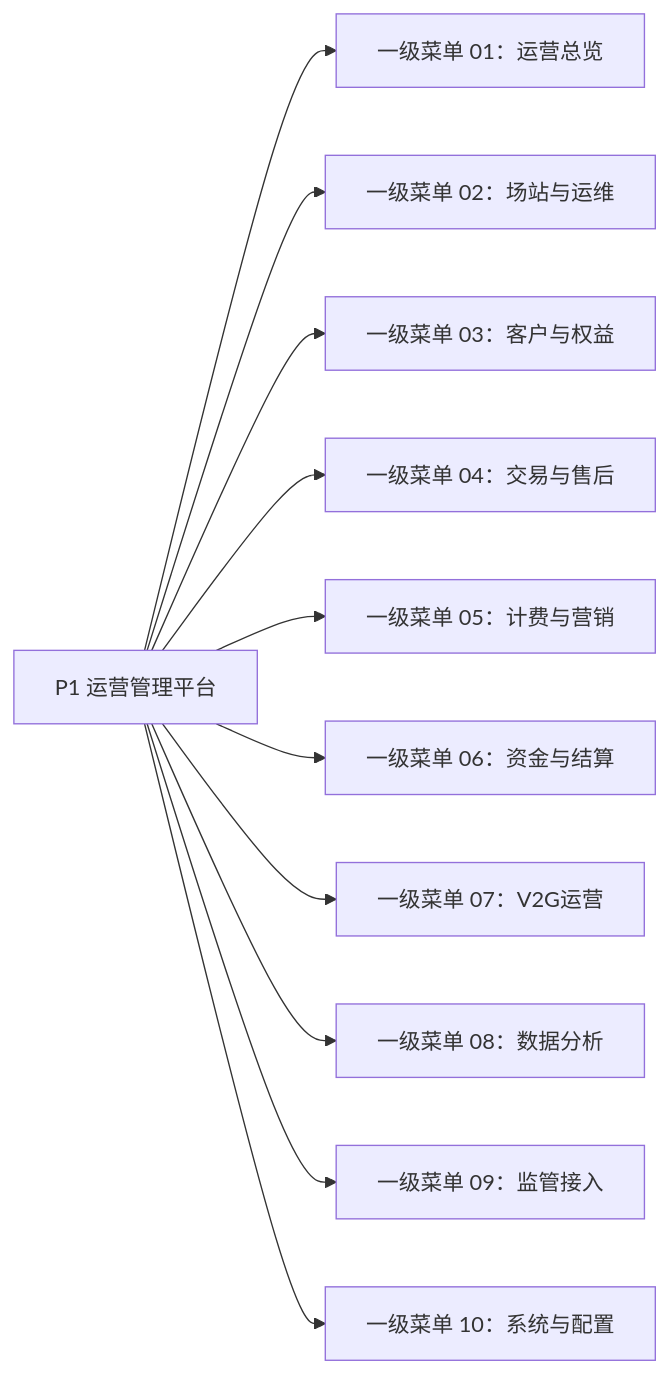
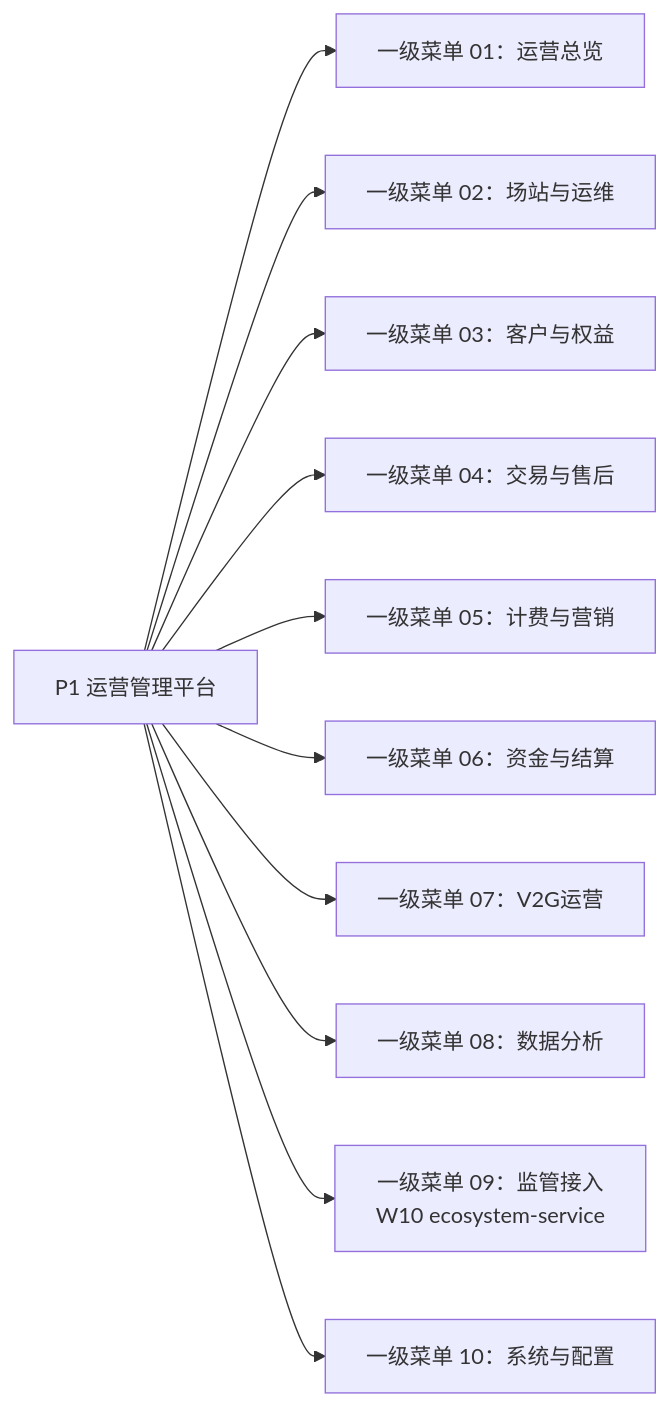
One commit to chenbinglei/charge-ai changed the first of 17 diagrams in ev-charging-operations/docs/requirements/七应用菜单目录架构图-v4.1.md. Above: the diagram before and after it, drawn with Mermaid. The commit also changed other lines of this file and 88 other files, not shown here.

````diff
--- a/ev-charging-operations/docs/requirements/七应用菜单目录架构图-v4.1.md
+++ b/ev-charging-operations/docs/requirements/七应用菜单目录架构图-v4.1.md
@@ -12,14 +12,14 @@
 ```mermaid
 flowchart LR
     P1["P1 运营管理平台"]
     P1 --> A["一级菜单 01：运营总览"]
     P1 --> B["一级菜单 02：场站与运维"]
     P1 --> C["一级菜单 03：客户与权益"]
     P1 --> D["一级菜单 04：交易与售后"]
     P1 --> E["一级菜单 05：计费与营销"]
     P1 --> F["一级菜单 06：资金与结算"]
     P1 --> G["一级菜单 07：V2G运营"]
     P1 --> H["一级菜单 08：数据分析"]
-    P1 --> I["一级菜单 09：监管接入"]
+    P1 --> I["一级菜单 09：监管接入\nW10 ecosystem-service"]
     P1 --> J["一级菜单 10：系统与配置"]
 ```
````
